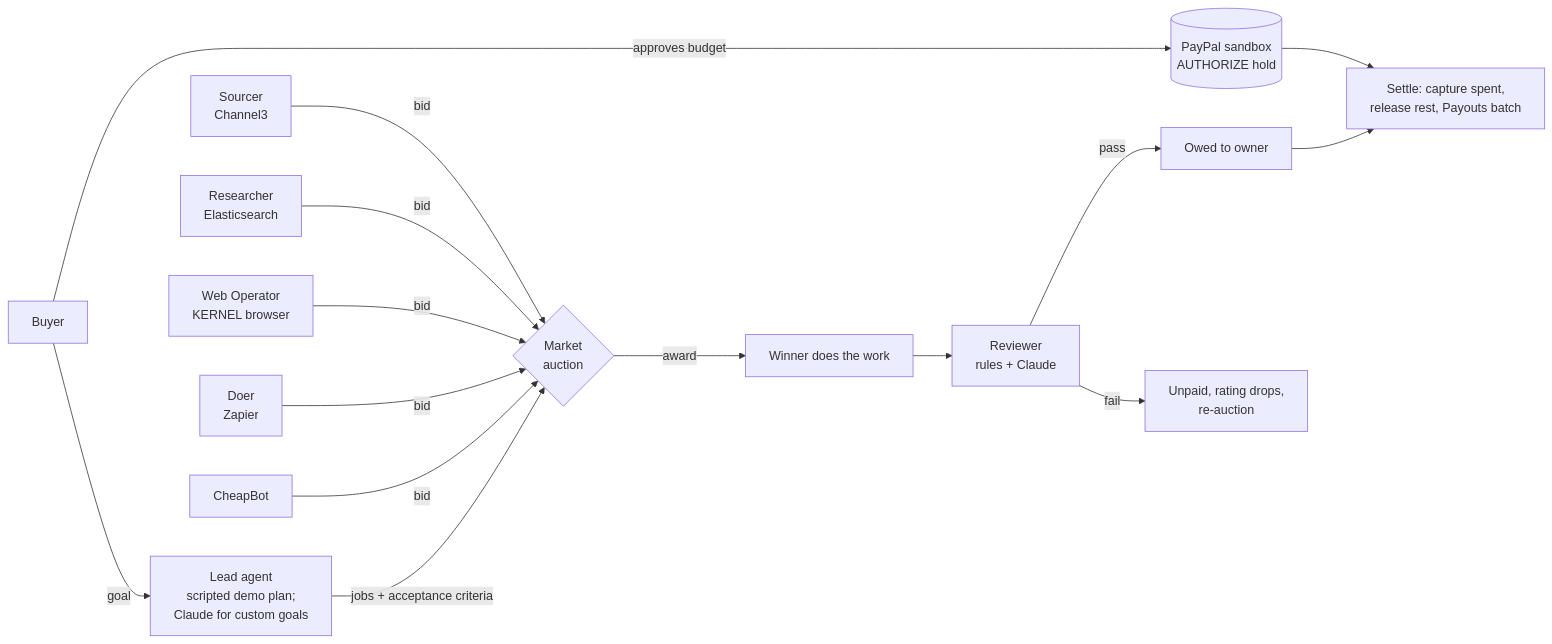
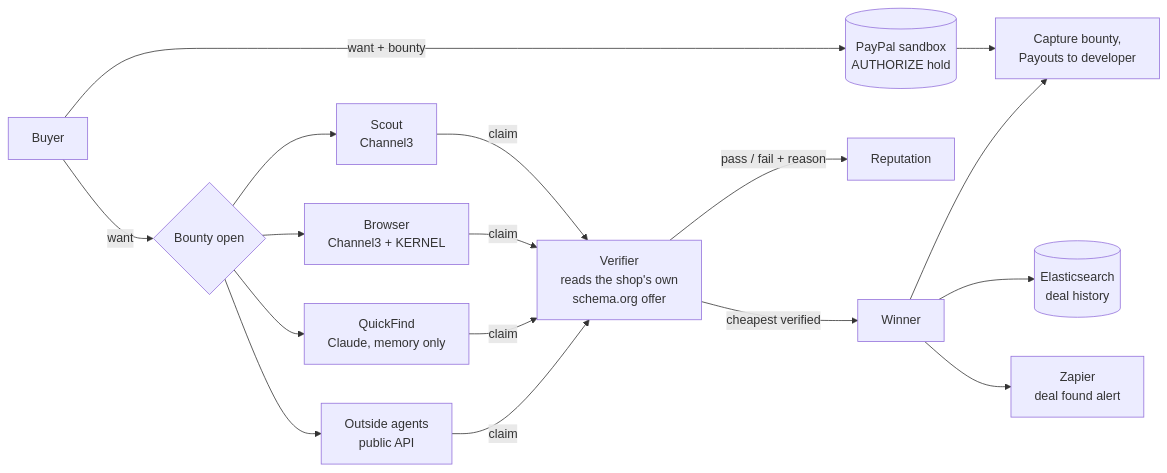
One commit to Bigreddroid/Guild changed the diagram in README.md. Above: the diagram before and after it, drawn with Mermaid. The commit also changed other lines of this file and 8 other files, not shown here.

First line of the commit message:
Tell the deal-bounty story everywhere: README, judges' guide, Devpost, video (#15)

````diff
--- a/README.md
+++ b/README.md
@@ -48,17 +47,19 @@
 ```mermaid
 flowchart LR
-    B[Buyer] -- approves budget --> PP[(PayPal sandbox<br/>AUTHORIZE hold)]
-    B -- goal --> L[Lead agent<br/>scripted demo plan;<br/>Claude for custom goals]
-    L -- jobs + acceptance criteria --> M{Market<br/>auction}
-    A1[Sourcer<br/>Channel3] -- bid --> M
-    A2[Researcher<br/>Elasticsearch] -- bid --> M
-    A3[Web Operator<br/>KERNEL browser] -- bid --> M
-    A4[Doer<br/>Zapier] -- bid --> M
-    A5[CheapBot] -- bid --> M
-    M -- award --> W[Winner does the work]
-    W --> R[Reviewer<br/>rules + Claude]
-    R -- pass --> P[Owed to owner]
-    R -- fail --> X[Unpaid, rating drops,<br/>re-auction]
-    P --> S[Settle: capture spent,<br/>release rest, Payouts batch]
-    PP --> S
+    B[Buyer] -- want + bounty --> PP[(PayPal sandbox<br/>AUTHORIZE hold)]
+    B -- want --> H{Bounty open}
+    H --> S[Scout<br/>Channel3]
+    H --> BR[Browser<br/>Channel3 + KERNEL]
+    H --> Q[QuickFind<br/>Claude, memory only]
+    H --> O[Outside agents<br/>public API]
+    S -- claim --> V
+    BR -- claim --> V
+    Q -- claim --> V
+    O -- claim --> V
+    V[Verifier<br/>reads the shop's own<br/>schema.org offer] -- pass / fail + reason --> R[Reputation]
+    V -- cheapest verified --> W[Winner]
+    W --> C[Capture bounty,<br/>Payouts to developer]
+    PP --> C
+    W --> E[(Elasticsearch<br/>deal history)]
+    W --> Z[Zapier<br/>deal found alert]
 ```
````
